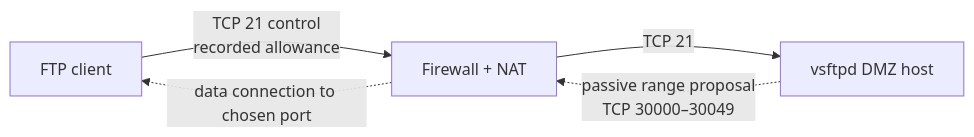
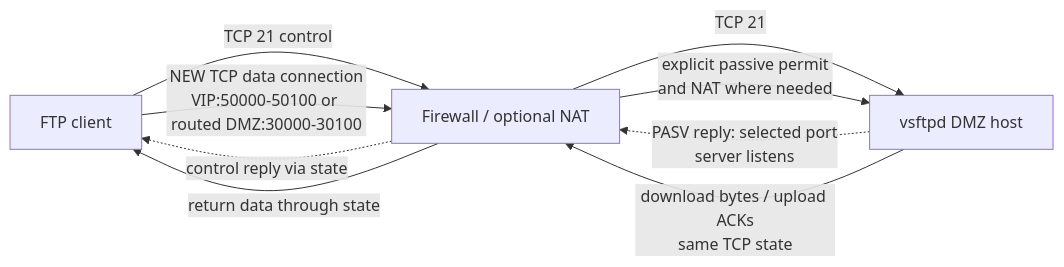
The second of 2 diagrams in projects/firewall-dmz-security/diagrams/service-flows.md (RJMoral160/cybersecurity-portfolio), drawn with Mermaid before and after one commit. The commit also changed other lines of this file and 62 other files, not shown here.

````diff
--- a/projects/firewall-dmz-security/diagrams/service-flows.md
+++ b/projects/firewall-dmz-security/diagrams/service-flows.md
@@ -18,7 +18,11 @@
 ```mermaid
 flowchart LR
-  C["FTP client"] -->|"TCP 21 control<br/>recorded allowance"| F["Firewall + NAT"]
+  C["FTP client"] -->|"TCP 21 control"| F["Firewall / optional NAT"]
   F -->|"TCP 21"| S["vsftpd DMZ host"]
-  S -.->|"passive range proposal<br/>TCP 30000–30049"| F
-  F -.->|"data connection to chosen port"| C
+  S -.->|"PASV reply: selected port<br/>server listens"| F
+  F -.->|"control reply via state"| C
+  C -->|"NEW TCP data connection<br/>VIP:50000-50100 or routed DMZ:30000-30100"| F
+  F -->|"explicit passive permit<br/>and NAT where needed"| S
+  S -->|"download bytes / upload ACKs<br/>same TCP state"| F
+  F -->|"return data through state"| C
 ```
````
